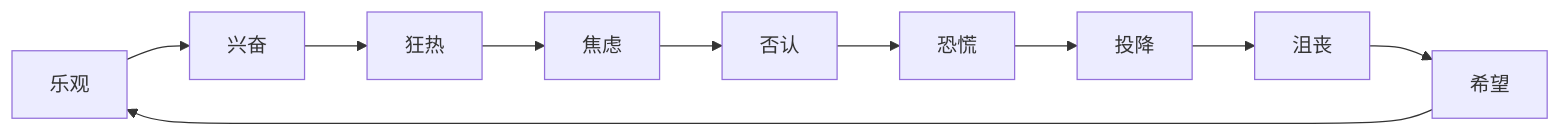
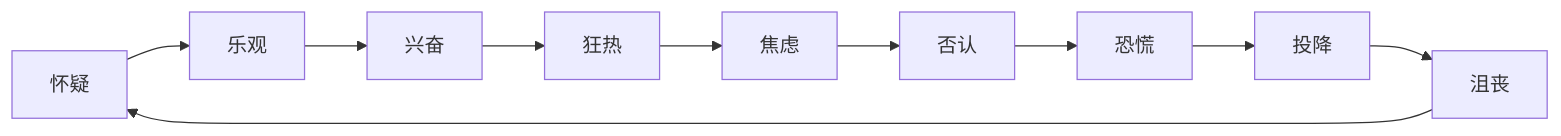
The diagram in quant-wiki-notes/入门教程/阶段一-投资世界观/投资心理偏误.md (Cthaat/Obsidian), drawn with Mermaid before and after one commit. The commit also changed other lines of this file and 12 other files, not shown here.

````diff
--- a/quant-wiki-notes/入门教程/阶段一-投资世界观/投资心理偏误.md
+++ b/quant-wiki-notes/入门教程/阶段一-投资世界观/投资心理偏误.md
@@ -127,12 +205,12 @@
 ```mermaid
 graph LR
-    A[乐观] --> B[兴奋]
-    B --> C[狂热]
-    C --> D[焦虑]
-    D --> E[否认]
-    E --> F[恐慌]
-    F --> G[投降]
-    G --> H[沮丧]
-    H --> I[希望]
+    A[怀疑] --> B[乐观]
+    B --> C[兴奋]
+    C --> D[狂热]
+    D --> E[焦虑]
+    E --> F[否认]
+    F --> G[恐慌]
+    G --> H[投降]
+    H --> I[沮丧]
     I --> A
 ```
````
